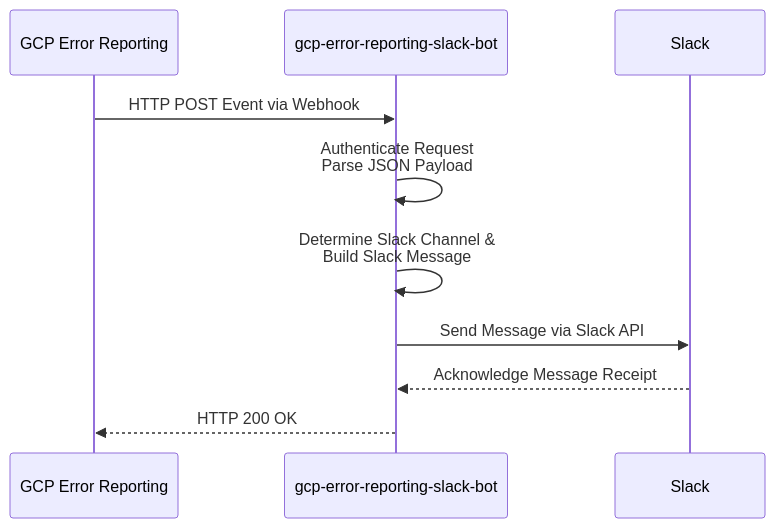
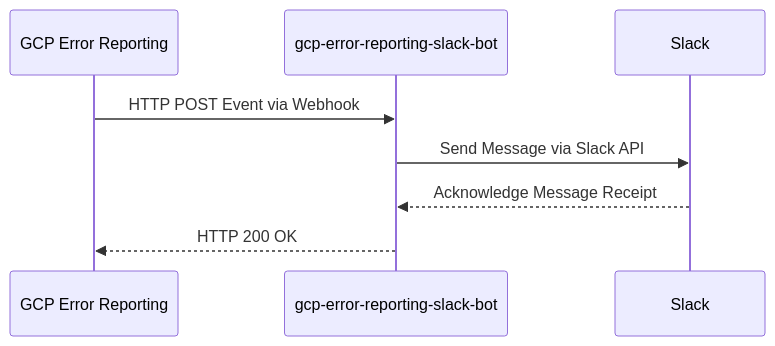
Before and after one commit to nakamasato/gcp-error-reporting-slack-bot: the diagram in README.md, drawn with Mermaid. The commit also changed other lines of this file and 1 other file, not shown here.

````diff
--- a/README.md
+++ b/README.md
@@ -5,13 +7,11 @@
 ```mermaid
 sequenceDiagram
     participant GCP as GCP Error Reporting
     participant App as gcp-error-reporting-slack-bot
     participant Slack as Slack
 
     GCP->>App: HTTP POST Event via Webhook
-    App->>App: Authenticate Request<br/>Parse JSON Payload
-    App->>App: Determine Slack Channel &<br/>Build Slack Message
     App->>Slack: Send Message via Slack API
     Slack-->>App: Acknowledge Message Receipt
     App-->>GCP: HTTP 200 OK
 ```
````
